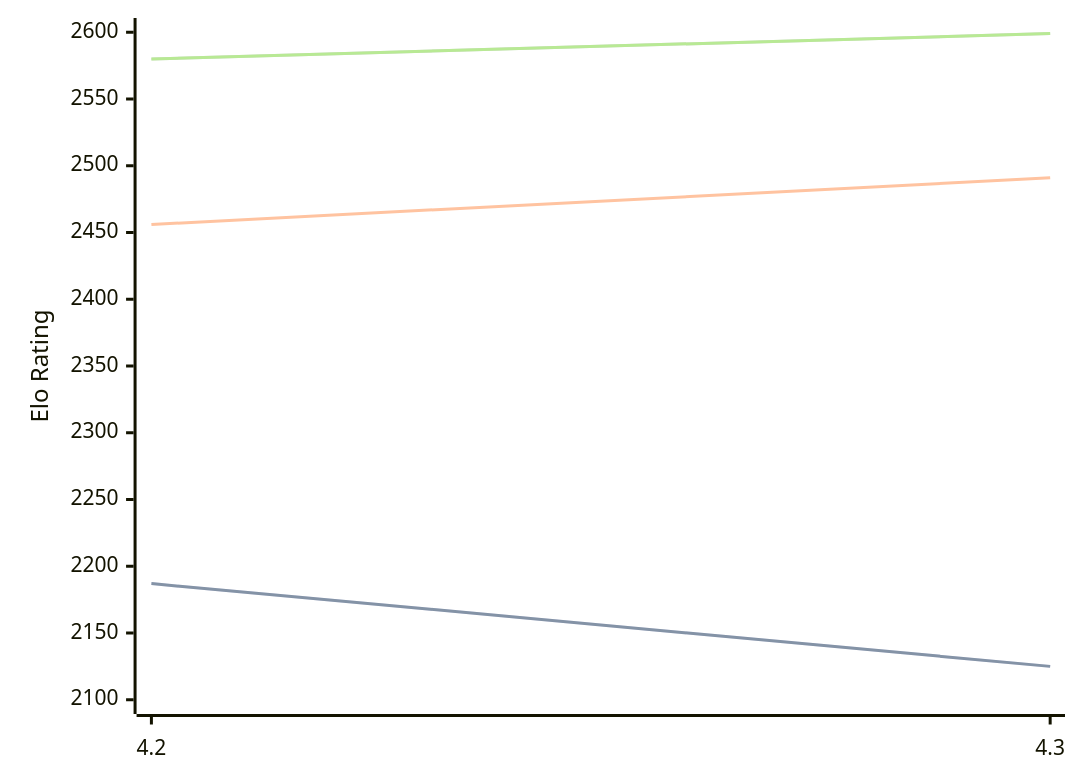
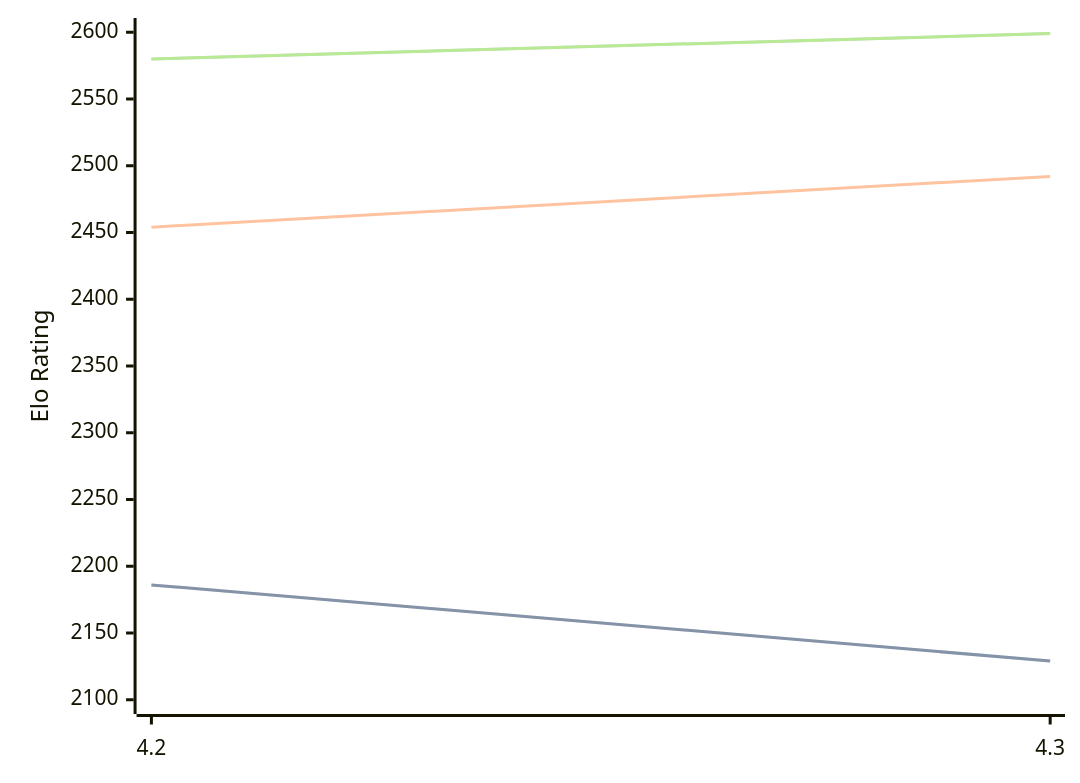
The diagram in engines/Eubos.md (computer-chess-index/cci), drawn with Mermaid before and after one commit. The commit also changed other lines of this file, not shown here.

Commit message:
Update CCI Ratings (ELO VLTC) - 2026-04-06

````diff
--- a/engines/Eubos.md
+++ b/engines/Eubos.md
@@ -88,11 +88,11 @@
 ```mermaid
 %%{init: {"theme":"base","themeVariables":{"seriesColors:['#a3a3a3','#222221','#faa371']}}}%%
 xychart-beta
   x-axis ["4.2", "4.3"]
   y-axis "Elo Rating" 2100 --> 2600
-  line "STC (8.0+0.08s)" [2187, 2125]
-  line "STC (8.0+0.08s)" [2187, 2125]
-  line "LTC (60.0+0.60s)" [2456, 2491]
+  line "STC (8.0+0.08s)" [2186, 2129]
+  line "STC (8.0+0.08s)" [2186, 2129]
+  line "LTC (60.0+0.60s)" [2454, 2492]
   line "VLTC (2m24s+1.12s)" [2580, 2599]
   line "VLTC (2m24s+1.12s)" [2580, 2599]
 ```
````
